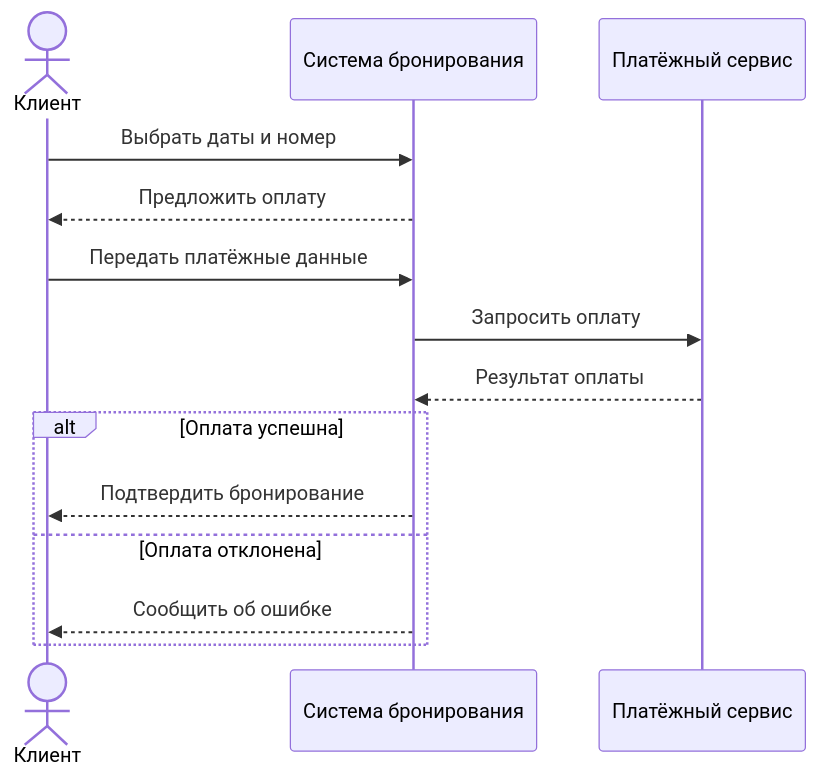
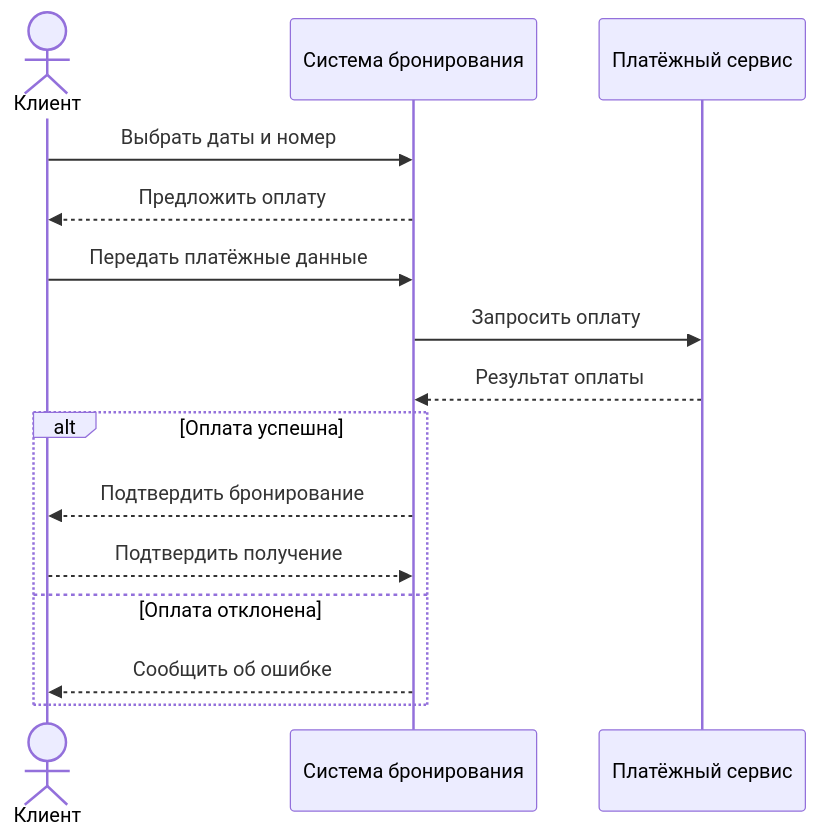
One commit to nalemew537-blip/visual-programming-labs-Smirnov changed the diagram in lab1/docs/sequence.md. Above: the diagram before and after it, drawn with Mermaid. The commit also changed 5 other files, not shown here.

Commit message:
Update UML Activity and Mermaid diagrams

````diff
--- a/lab1/docs/sequence.md
+++ b/lab1/docs/sequence.md
@@ -3,16 +3,17 @@
 ```mermaid
 sequenceDiagram
     actor C as Клиент
     participant S as Система бронирования
     participant P as Платёжный сервис
     C->>S: Выбрать даты и номер
     S-->>C: Предложить оплату
     C->>S: Передать платёжные данные
     S->>P: Запросить оплату
     P-->>S: Результат оплаты
     alt Оплата успешна
         S-->>C: Подтвердить бронирование
+        C-->>S: Подтвердить получение
     else Оплата отклонена
         S-->>C: Сообщить об ошибке
     end
 ```
````
